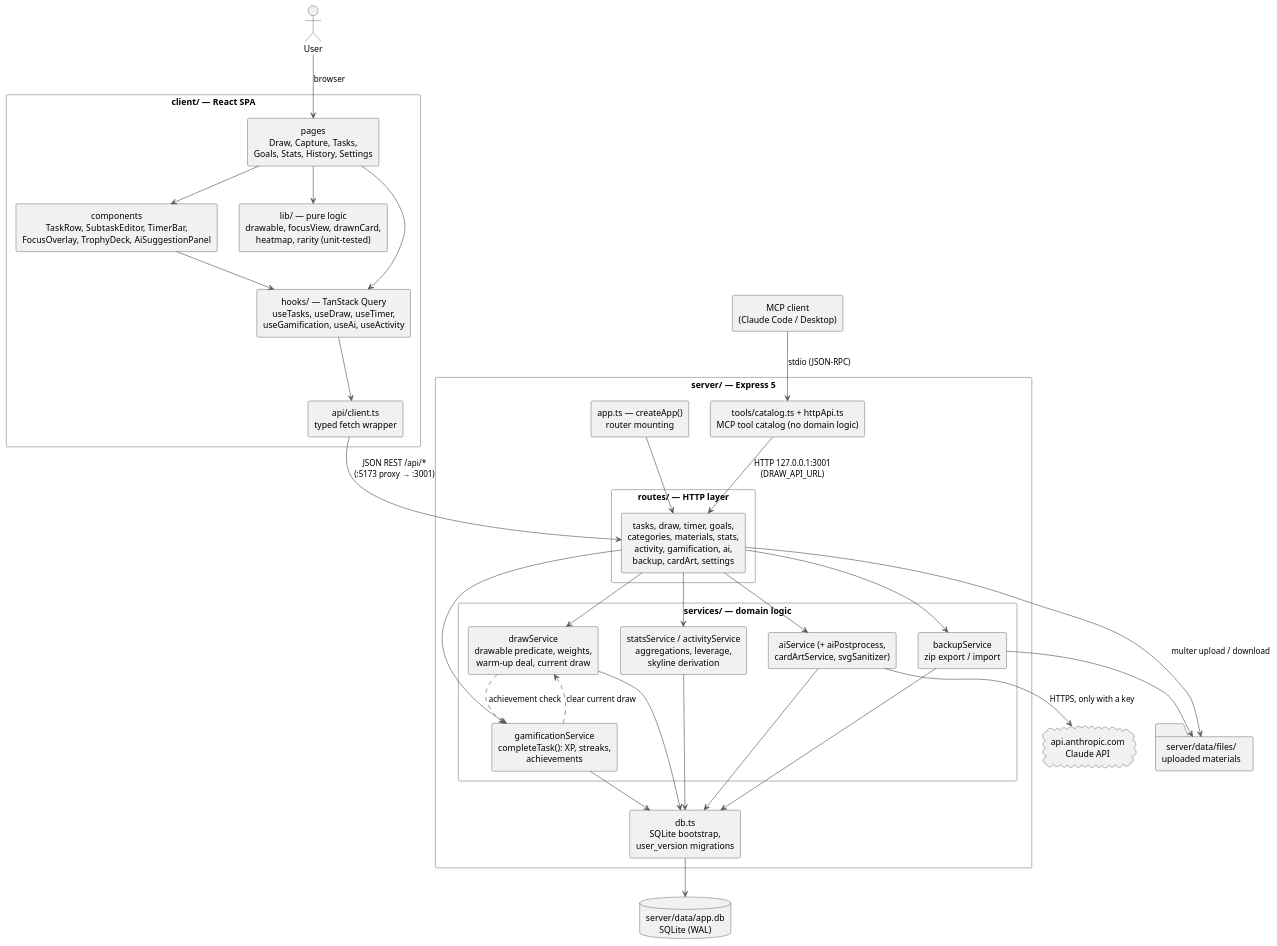
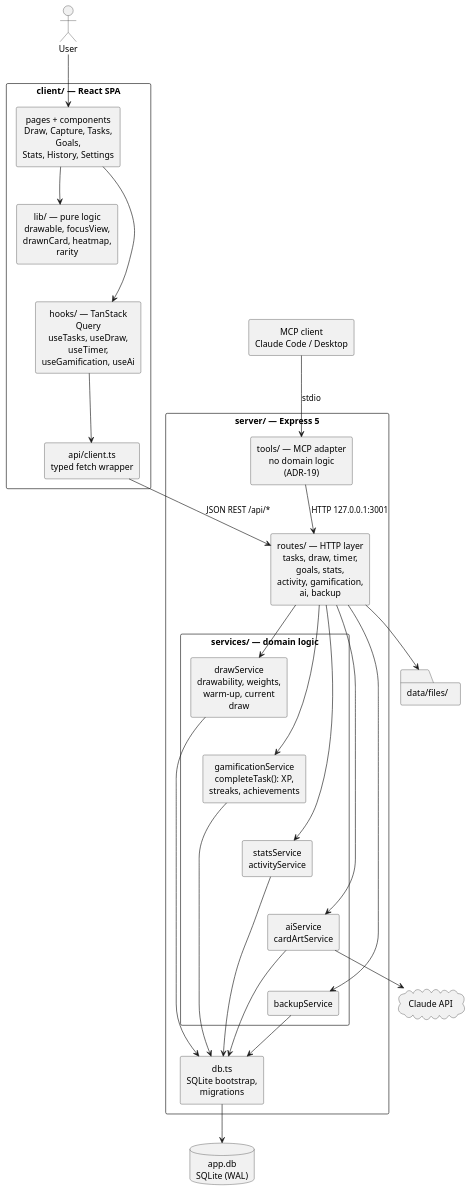
One commit to FelixGeisler/draw changed the diagram in docs/modules/ROOT/pages/05_building_block_view.adoc. Above: the diagram before and after it, drawn with PlantUML. The commit also changed 2 other files, not shown here.

Commit message:
#45 Size diagrams for the docs content column (legible at 1:1-ish scale)

```diff
--- a/docs/modules/ROOT/pages/05_building_block_view.adoc
+++ b/docs/modules/ROOT/pages/05_building_block_view.adoc
@@ -16,73 +16,65 @@
 [plantuml,building-blocks,svg]
 ....
 @startuml
 skinparam componentStyle rectangle
 skinparam shadowing false
+skinparam wrapWidth 150
 skinparam defaultTextAlignment center
-skinparam ArrowColor #555555
-skinparam rectangleBorderColor #888888
 skinparam packageStyle rectangle
 hide stereotype
 
 actor "User" as user
-component "MCP client\n(Claude Code / Desktop)" as mcpClient
+component "MCP client\nClaude Code / Desktop" as mcpClient
 
 package "client/ — React SPA" {
-  component "pages\nDraw, Capture, Tasks,\nGoals, Stats, History, Settings" as pages
-  component "components\nTaskRow, SubtaskEditor, TimerBar,\nFocusOverlay, TrophyDeck, AiSuggestionPanel" as comps
-  component "lib/ — pure logic\ndrawable, focusView, drawnCard,\nheatmap, rarity (unit-tested)" as clib
-  component "hooks/ — TanStack Query\nuseTasks, useDraw, useTimer,\nuseGamification, useAi, useActivity" as hooks
+  component "pages + components\nDraw, Capture, Tasks, Goals,\nStats, History, Settings" as pages
+  component "lib/ — pure logic\ndrawable, focusView,\ndrawnCard, heatmap, rarity" as clib
+  component "hooks/ — TanStack Query\nuseTasks, useDraw, useTimer,\nuseGamification, useAi" as hooks
   component "api/client.ts\ntyped fetch wrapper" as apiClient
 }
 
 package "server/ — Express 5" {
-  component "tools/catalog.ts + httpApi.ts\nMCP tool catalog (no domain logic)" as mcpAdapter
-  component "app.ts — createApp()\nrouter mounting" as app
-  package "routes/ — HTTP layer" {
-    component "tasks, draw, timer, goals,\ncategories, materials, stats,\nactivity, gamification, ai,\nbackup, cardArt, settings" as routes
+  component "tools/ — MCP adapter\nno domain logic (ADR-19)" as mcpAdapter
+  component "routes/ — HTTP layer\ntasks, draw, timer, goals, stats,\nactivity, gamification, ai, backup" as routes
+  package "services/ — domain logic" {
+    component "drawService\ndrawability, weights,\nwarm-up, current draw" as drawSvc
+    component "gamificationService\ncompleteTask(): XP,\nstreaks, achievements" as gamSvc
+    component "statsService\nactivityService" as statsSvc
+    component "aiService\ncardArtService" as aiSvc
+    component "backupService" as backupSvc
   }
-  package "services/ — domain logic" {
-    component "drawService\ndrawable predicate, weights,\nwarm-up deal, current draw" as drawSvc
-    component "gamificationService\ncompleteTask(): XP, streaks,\nachievements" as gamSvc
-    component "statsService / activityService\naggregations, leverage,\nskyline derivation" as statsSvc
-    component "aiService (+ aiPostprocess,\ncardArtService, svgSanitizer)" as aiSvc
-    component "backupService\nzip export / import" as backupSvc
-  }
-  component "db.ts\nSQLite bootstrap,\nuser_version migrations" as dbmod
+  component "db.ts\nSQLite bootstrap, migrations" as dbmod
 }
 
-database "server/data/app.db\nSQLite (WAL)" as sqlite
-folder "server/data/files/\nuploaded materials" as files
-cloud "api.anthropic.com\nClaude API" as claude
+database "app.db\nSQLite (WAL)" as sqlite
+folder "data/files/" as files
+cloud "Claude API" as claude
 
-user --> pages : browser
-pages --> comps
+user --> pages
+pages --> hooks
 pages --> clib
-comps --> hooks
-pages --> hooks
 hooks --> apiClient
-apiClient --> routes : "JSON REST /api/*\n(:5173 proxy → :3001)"
-
-mcpClient --> mcpAdapter : stdio (JSON-RPC)
-mcpAdapter --> routes : "HTTP 127.0.0.1:3001\n(DRAW_API_URL)"
-
-app --> routes
+apiClient --> routes : "JSON REST /api/*"
+mcpClient --> mcpAdapter : stdio
+mcpAdapter --> routes : "HTTP 127.0.0.1:3001"
 routes --> drawSvc
 routes --> gamSvc
 routes --> statsSvc
 routes --> aiSvc
 routes --> backupSvc
-drawSvc ..> gamSvc : "achievement check"
-gamSvc ..> drawSvc : "clear current draw"
-
+drawSvc -[hidden]-> gamSvc
+gamSvc -[hidden]-> statsSvc
+statsSvc -[hidden]-> aiSvc
+aiSvc -[hidden]-> backupSvc
 drawSvc --> dbmod
 gamSvc --> dbmod
 statsSvc --> dbmod
 aiSvc --> dbmod
 backupSvc --> dbmod
 dbmod --> sqlite
-routes --> files : multer upload / download
-backupSvc --> files
-aiSvc --> claude : "HTTPS, only with a key"
+routes --> files
+aiSvc --> claude
+pages -[hidden]-> clib
+clib -[hidden]-> hooks
 @enduml
 ....
```
